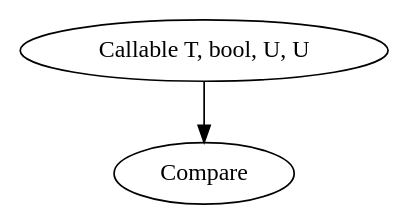
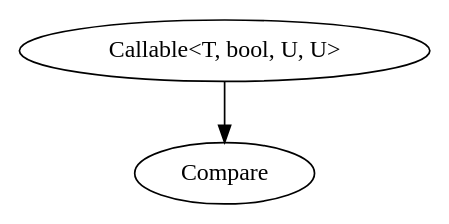
Before and after one commit to mmha/bibi: the sixth of 6 diagrams in docs/source/Concepts/Core.rst, drawn with Graphviz. The commit also changed other lines of this file and 8 other files, not shown here.

```diff
--- a/docs/source/Concepts/Core.rst
+++ b/docs/source/Concepts/Core.rst
@@ -157,5 +157,5 @@
 .. graphviz::
 
      digraph g {
-		"Callable T, bool, U, U" -> Compare;
+		"Callable<T, bool, U, U>" -> Compare;
      }
```
